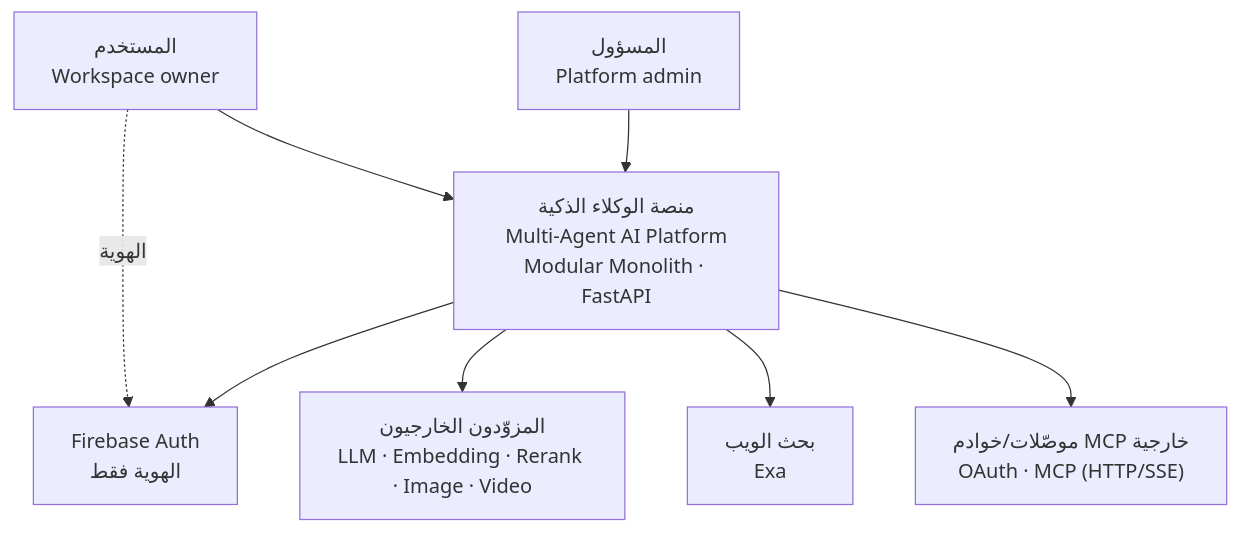
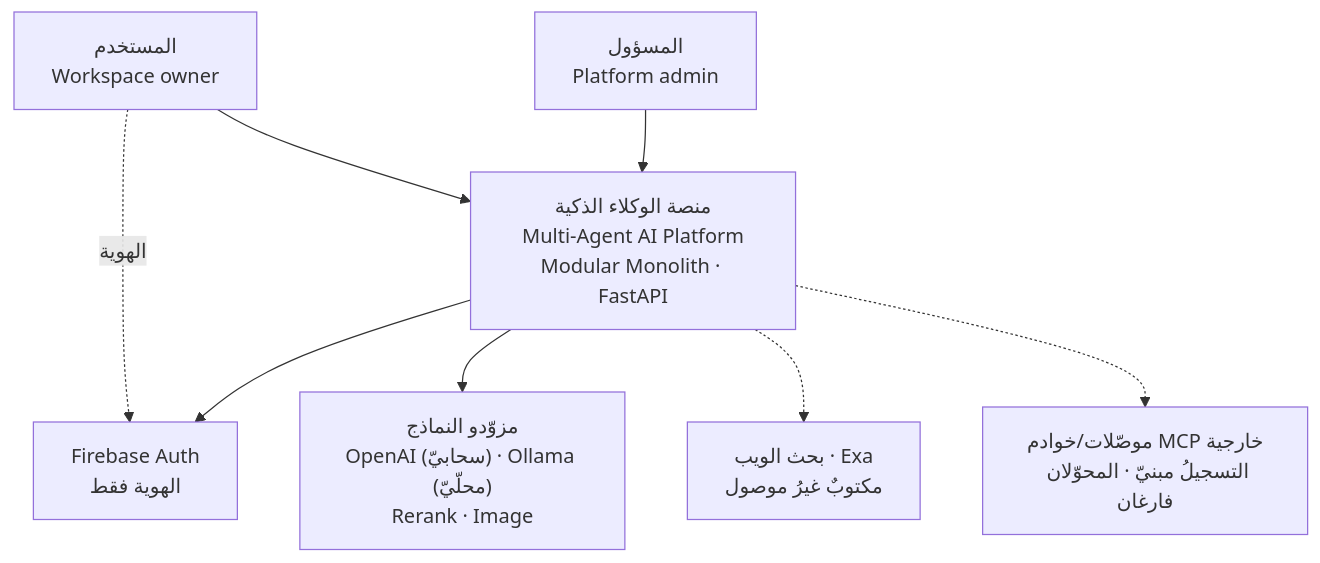
The first of 8 diagrams in docs/architecture.md (anastawahia/aizzak), drawn with Mermaid before and after one commit. The commit also changed other lines of this file and 1 other file, not shown here.

First line of the commit message:
docs: sync architecture doc to current code (v2.1)

````diff
--- a/docs/architecture.md
+++ b/docs/architecture.md
@@ -119,18 +138,18 @@
 ```mermaid
 graph TD
     User["المستخدم<br/>Workspace owner"]
     Admin["المسؤول<br/>Platform admin"]
     Platform["منصة الوكلاء الذكية<br/>Multi-Agent AI Platform<br/>Modular Monolith · FastAPI"]
     Firebase["Firebase Auth<br/>الهوية فقط"]
-    Providers["المزوّدون الخارجيون<br/>LLM · Embedding · Rerank · Image · Video"]
-    Search["بحث الويب<br/>Exa"]
-    Connectors["موصّلات/خوادم MCP خارجية<br/>OAuth · MCP (HTTP/SSE)"]
+    Providers["مزوّدو النماذج<br/>OpenAI (سحابيّ) · Ollama (محلّيّ)<br/>Rerank · Image"]
+    Search["بحث الويب · Exa<br/>مكتوبٌ غيرُ موصول"]
+    Connectors["موصّلات/خوادم MCP خارجية<br/>التسجيلُ مبنيّ · المحوّلان فارغان"]
 
     User --> Platform
     Admin --> Platform
     User -. الهوية .-> Firebase
     Platform --> Firebase
     Platform --> Providers
-    Platform --> Search
-    Platform --> Connectors
+    Platform -.-> Search
+    Platform -.-> Connectors
 ```
````
